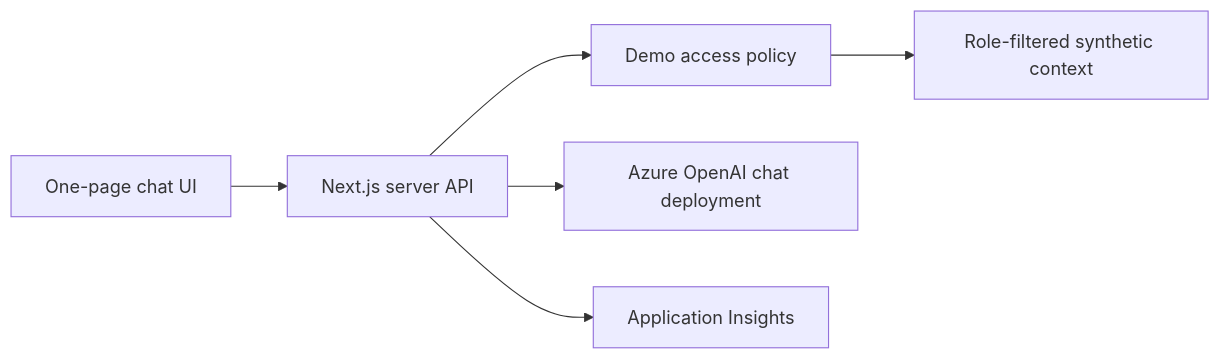
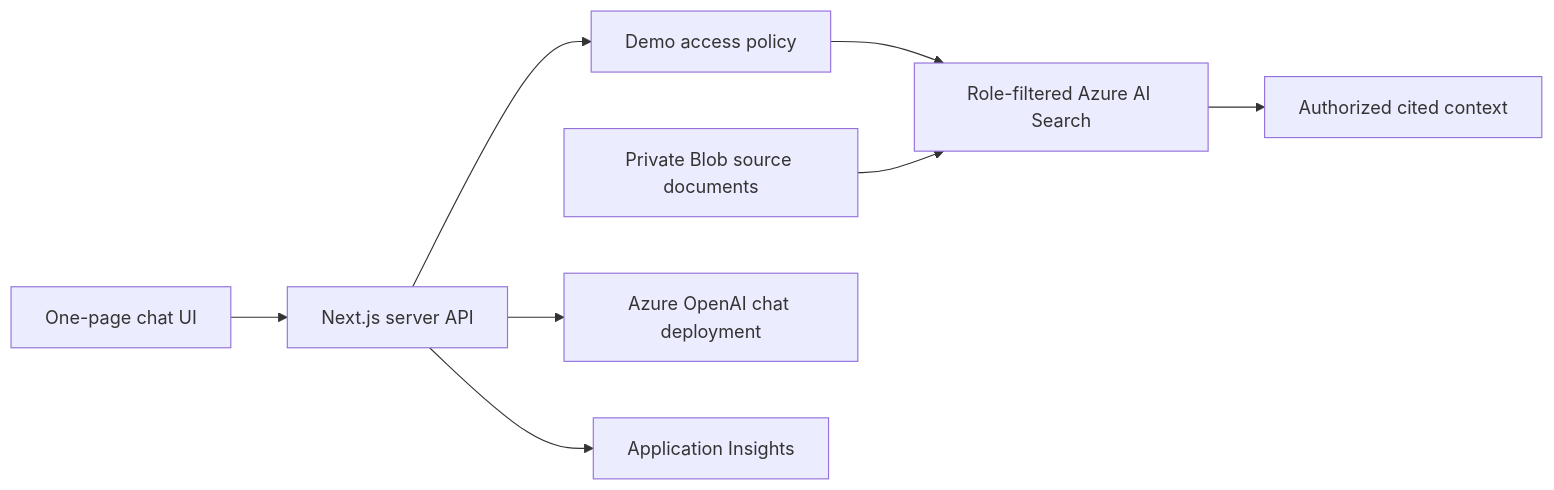
The diagram in docs/architecture.md (mattuycoque/NGCP-Central-AI), drawn with Mermaid before and after one commit. The commit also changed other lines of this file and 38 other files, not shown here.

Commit message:
feat: enrich grounded chat UX, corpus, and architecture panel

````diff
--- a/docs/architecture.md
+++ b/docs/architecture.md
@@ -17,8 +17,10 @@
 ```mermaid
 flowchart LR
     Browser[One-page chat UI] --> API[Next.js server API]
     API --> Policy[Demo access policy]
-    Policy --> Context[Role-filtered synthetic context]
+    Policy --> Search[Role-filtered Azure AI Search]
+    Blob[Private Blob source documents] --> Search
+    Search --> Context[Authorized cited context]
     API --> OpenAI[Azure OpenAI chat deployment]
     API --> Telemetry[Application Insights]
 ```
````
